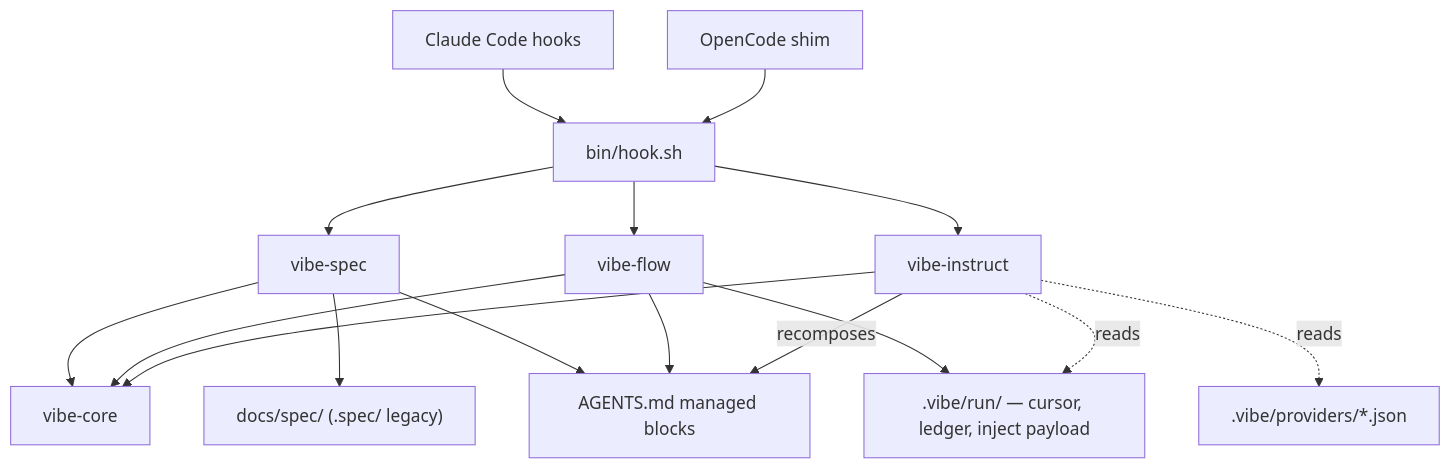
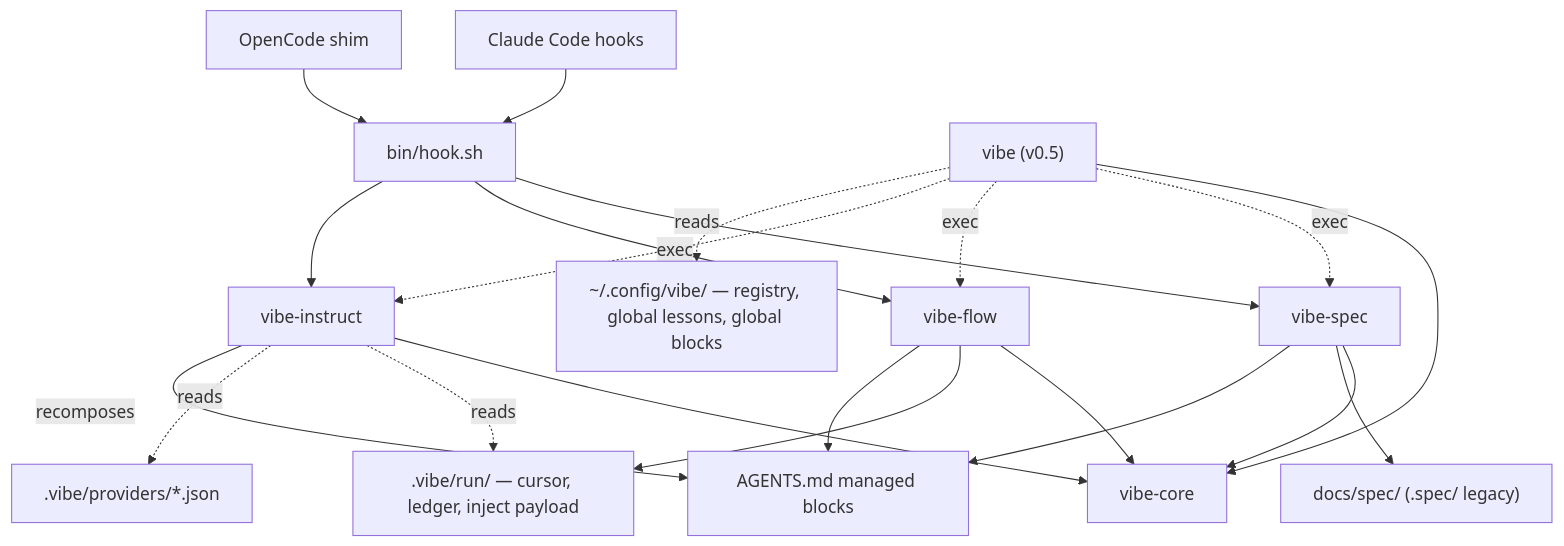
One commit to LennardZuendorf/vibe changed the diagram in .spec/tech.md. Above: the diagram before and after it, drawn with Mermaid. The commit also changed other lines of this file and 5 other files, not shown here.

````diff
--- a/.spec/tech.md
+++ b/.spec/tech.md
@@ -49,18 +53,23 @@
 ```mermaid
 flowchart TD
   CC["Claude Code hooks"] --> SHIM["bin/hook.sh"]
   OC["OpenCode shim"] --> SHIM
   SHIM --> SP["vibe-spec"]
   SHIM --> FL["vibe-flow"]
   SHIM --> IN["vibe-instruct"]
   SP --> CORE["vibe-core"]
   FL --> CORE
   IN --> CORE
+  CLI["vibe (v0.5)"] --> CORE
+  CLI -.exec.-> SP
+  CLI -.exec.-> FL
+  CLI -.exec.-> IN
   FL --> RUN[".vibe/run/ — cursor, ledger, inject payload"]
   IN -.reads.-> RUN
   IN -.reads.-> PROV[".vibe/providers/*.json"]
   SP --> DOCS["docs/spec/ (.spec/ legacy)"]
   SP --> MD["AGENTS.md managed blocks"]
   FL --> MD
   IN -->|recomposes| MD
+  CLI -.reads.-> GLOB["~/.config/vibe/ — registry, global lessons, global blocks"]
 ```
````
